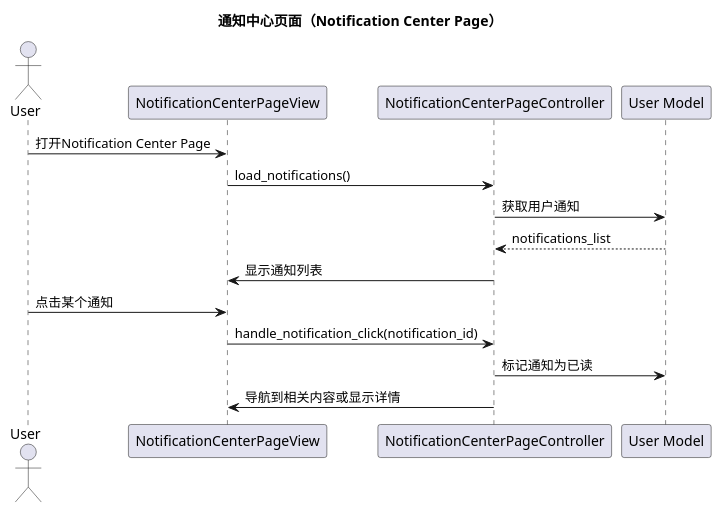
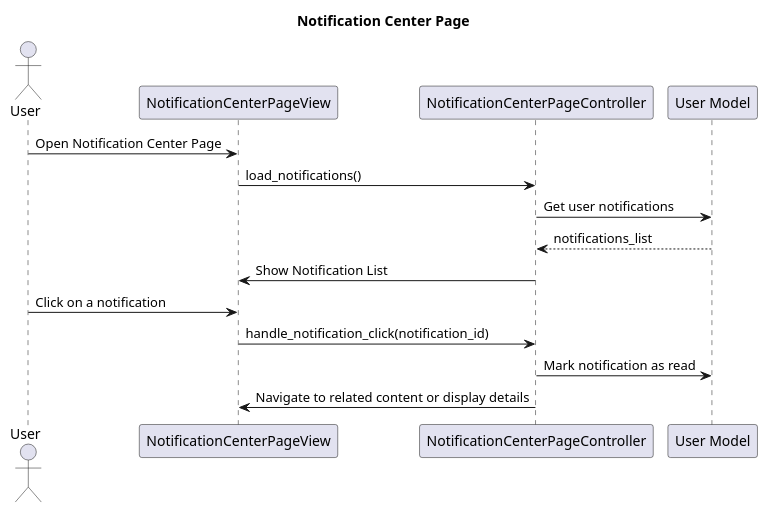
One commit to violeteye1234/group23_COMPS350F changed the tenth of 16 diagrams in planning/class_diagrams.md. Above: the diagram before and after it, drawn with PlantUML. The commit also changed other lines of this file, not shown here.

````diff
--- a/planning/class_diagrams.md
+++ b/planning/class_diagrams.md
@@ -314,20 +314,20 @@
 ```plantuml
 @startuml
-title 通知中心页面（Notification Center Page）
+title Notification Center Page
 
 actor User
 participant "NotificationCenterPageView" as View
 participant "NotificationCenterPageController" as Controller
 participant "User Model" as UserModel
 
-User -> View: 打开Notification Center Page
+User -> View: Open Notification Center Page
 View -> Controller: load_notifications()
-Controller -> UserModel: 获取用户通知
+Controller -> UserModel: Get user notifications
 UserModel --> Controller: notifications_list
-Controller -> View: 显示通知列表
-User -> View: 点击某个通知
+Controller -> View: Show Notification List
+User -> View: Click on a notification
 View -> Controller: handle_notification_click(notification_id)
-Controller -> UserModel: 标记通知为已读
-Controller -> View: 导航到相关内容或显示详情
+Controller -> UserModel: Mark notification as read
+Controller -> View: Navigate to related content or display details
 @enduml
 ```
````
